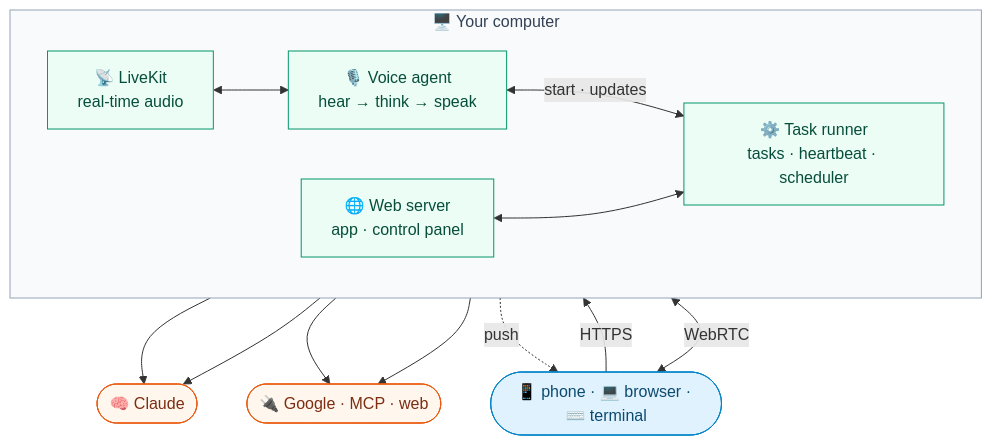
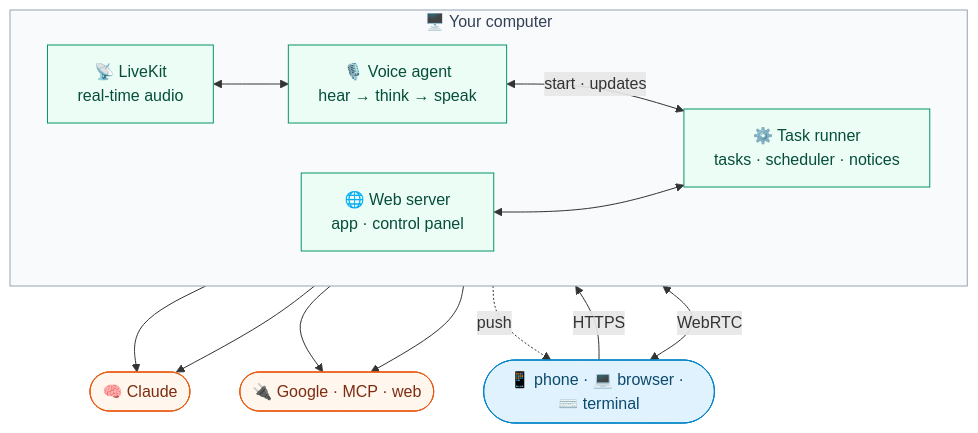
One commit to anilkumarmeena/alfred changed the diagram in README.md. Above: the diagram before and after it, drawn with Mermaid. The commit also changed other lines of this file and 53 other files, not shown here.

````diff
--- a/README.md
+++ b/README.md
@@ -108,34 +108,34 @@
 ```mermaid
 flowchart TB
     You(["📱 phone · 💻 browser · ⌨️ terminal"])
 
     subgraph Host["🖥️ Your computer"]
         direction LR
         Web["🌐 Web server<br/>app · control panel"]
         LK["📡 LiveKit<br/>real-time audio"]
         Agent["🎙️ Voice agent<br/>hear → think → speak"]
-        Runner["⚙️ Task runner<br/>tasks · heartbeat · scheduler"]
+        Runner["⚙️ Task runner<br/>tasks · scheduler · notices"]
     end
 
     Claude(["🧠 Claude"])
     World(["🔌 Google · MCP · web"])
 
     You -->|HTTPS| Web
     You <-->|WebRTC| LK
     LK <--> Agent
     Agent <-->|start · updates| Runner
     Web <--> Runner
     Agent --> Claude
     Runner --> Claude
     Agent --> World
     Runner --> World
     Runner -.->|push| You
 
     classDef you fill:#e0f2fe,stroke:#0284c7,color:#0c4a6e
     classDef mac fill:#ecfdf5,stroke:#059669,color:#064e3b
     classDef cloud fill:#fff7ed,stroke:#ea580c,color:#7c2d12
     class You you
     class Web,LK,Agent,Runner mac
     class Claude,World cloud
     style Host fill:#f8fafc,stroke:#94a3b8,color:#334155
 ```
````
